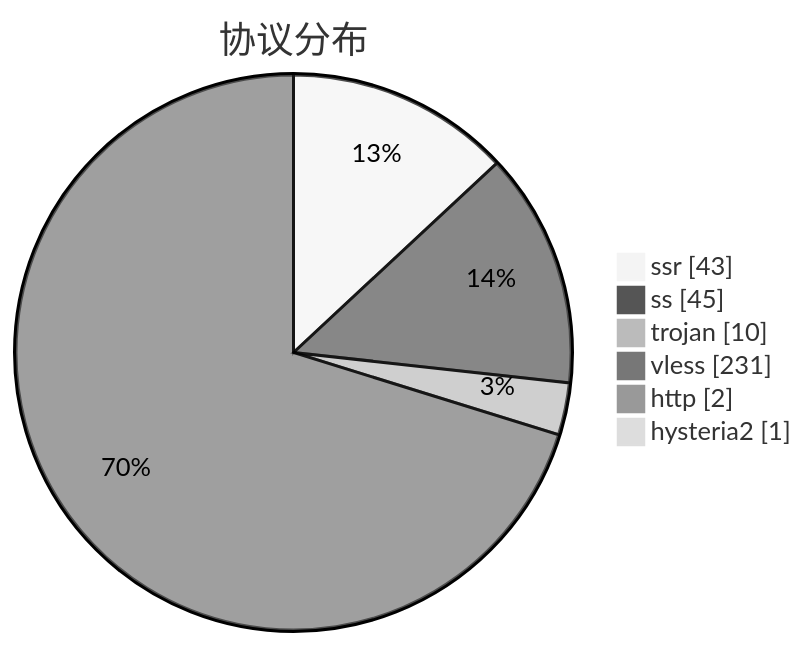
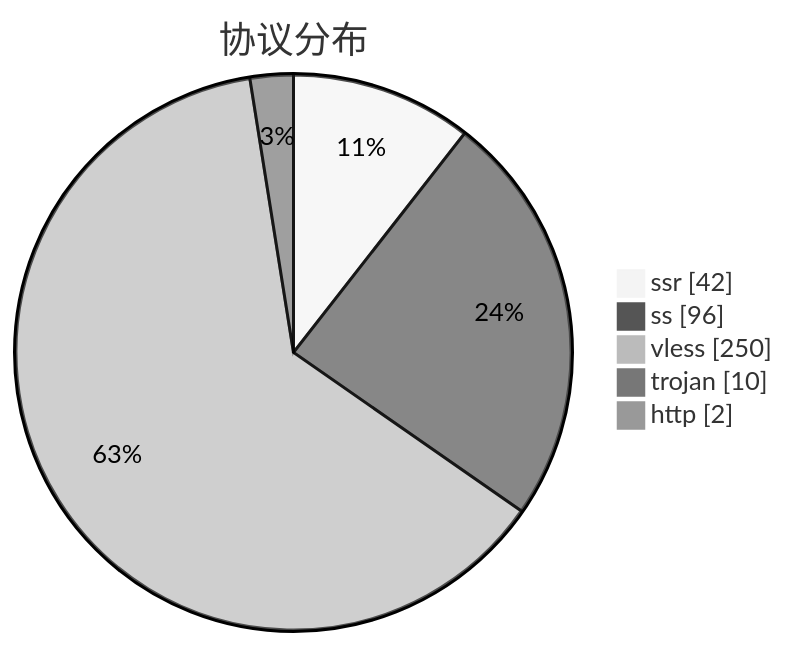
Before and after one commit to qjlxg/airport: the third of 3 diagrams in subs/statistics/tested_within.md, drawn with Mermaid (neutral theme). The commit also changed other lines of this file and 2 other files, not shown here.

````diff
--- a/subs/statistics/tested_within.md
+++ b/subs/statistics/tested_within.md
@@ -19,10 +19,9 @@
 ```mermaid
 pie showData
 title 协议分布
-"ssr" : 43
-"ss" : 45
+"ssr" : 42
+"ss" : 96
+"vless" : 250
 "trojan" : 10
-"vless" : 231
 "http" : 2
-"hysteria2" : 1
 ```
````
